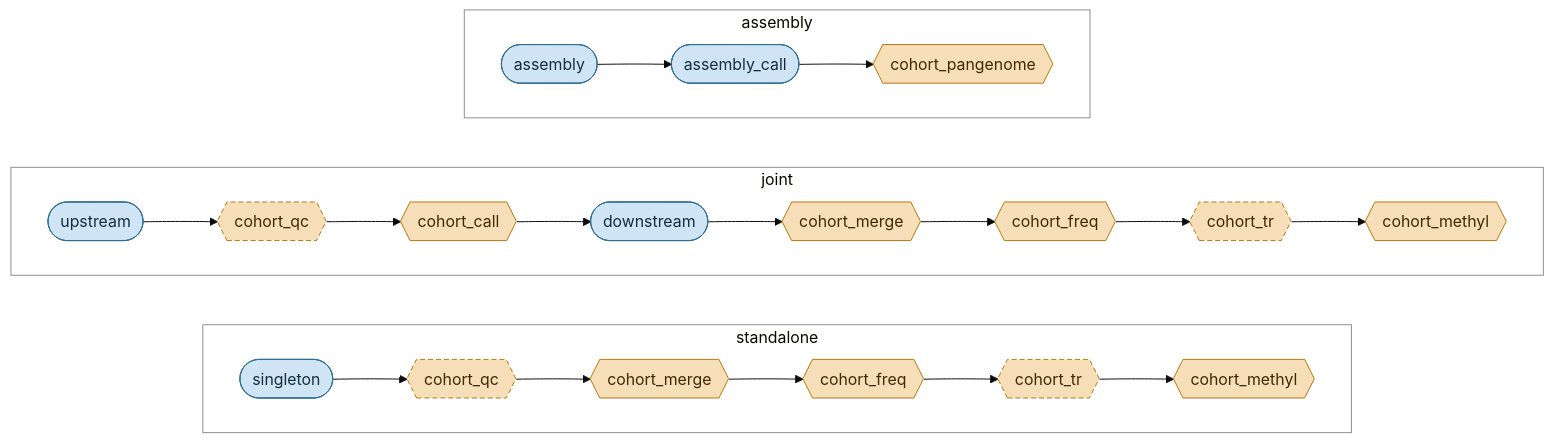
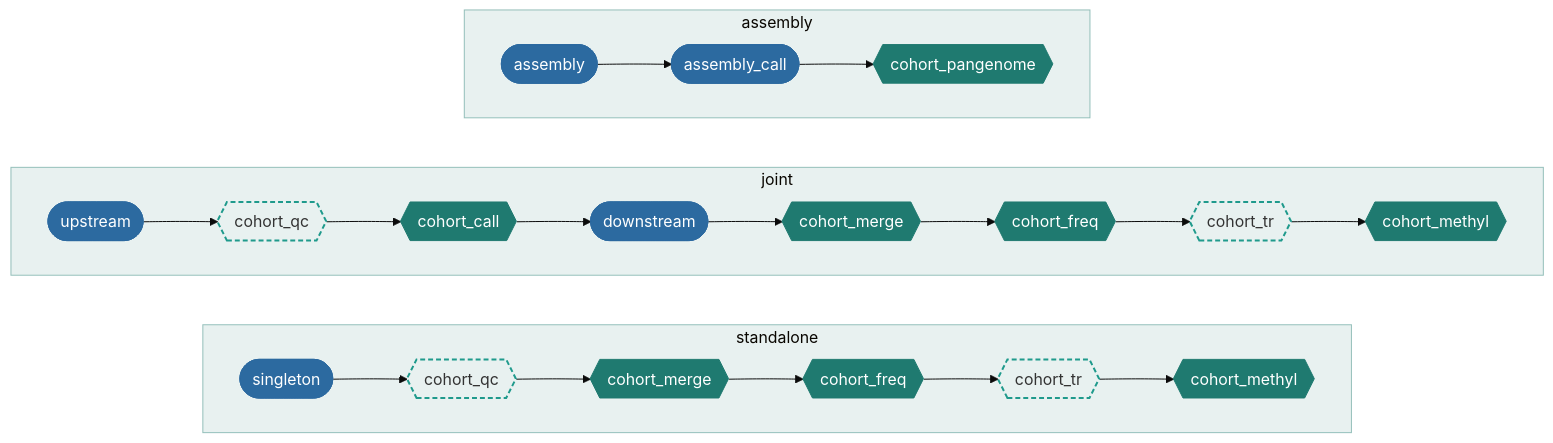
The diagram in docs/guide/01-overview.md (UppsalaGenomeCenter/ugc-wgw), drawn with Mermaid (base theme) before and after one commit. The commit also changed 51 other files, not shown here.

````diff
--- a/docs/guide/01-overview.md
+++ b/docs/guide/01-overview.md
@@ -39,20 +39,21 @@
 ```mermaid
 flowchart LR
   subgraph standalone
     direction LR
     a1(["singleton"]):::sample --> a0{{"cohort_qc"}}:::optional --> a2{{"cohort_merge"}}:::cohort --> a3{{"cohort_freq"}}:::cohort --> a5{{"cohort_tr"}}:::optional --> a4{{"cohort_methyl"}}:::cohort
   end
   subgraph joint
     direction LR
     b1(["upstream"]):::sample --> b0{{"cohort_qc"}}:::optional --> b2{{"cohort_call"}}:::cohort --> b3(["downstream"]):::sample --> b4{{"cohort_merge"}}:::cohort --> b5{{"cohort_freq"}}:::cohort --> b7{{"cohort_tr"}}:::optional --> b6{{"cohort_methyl"}}:::cohort
   end
   subgraph assembly
     direction LR
     c1(["assembly"]):::sample --> c2(["assembly_call"]):::sample --> c3{{"cohort_pangenome"}}:::cohort
   end
-  classDef sample fill:#cfe4f5,stroke:#2f6f8f,color:#12303f
-  classDef cohort fill:#f6dfb8,stroke:#b9770e,color:#3d2a05
-  classDef optional fill:#f6dfb8,stroke:#b9770e,color:#3d2a05,stroke-dasharray:5 3
-  classDef box fill:none,stroke:#8a8f95
+  classDef default fill:none,stroke:#8a8f95
+  classDef sample fill:#2c6aa0,stroke:#2c6aa0,color:#ffffff
+  classDef cohort fill:#1f7a70,stroke:#1f7a70,color:#ffffff
+  classDef optional fill:none,stroke:#1f9a8c,stroke-width:2px,stroke-dasharray:5 3
+  classDef box fill:#1f7a70,fill-opacity:0.10,stroke:#1f7a70,stroke-opacity:0.45
   class standalone,joint,assembly box
 ```
````
